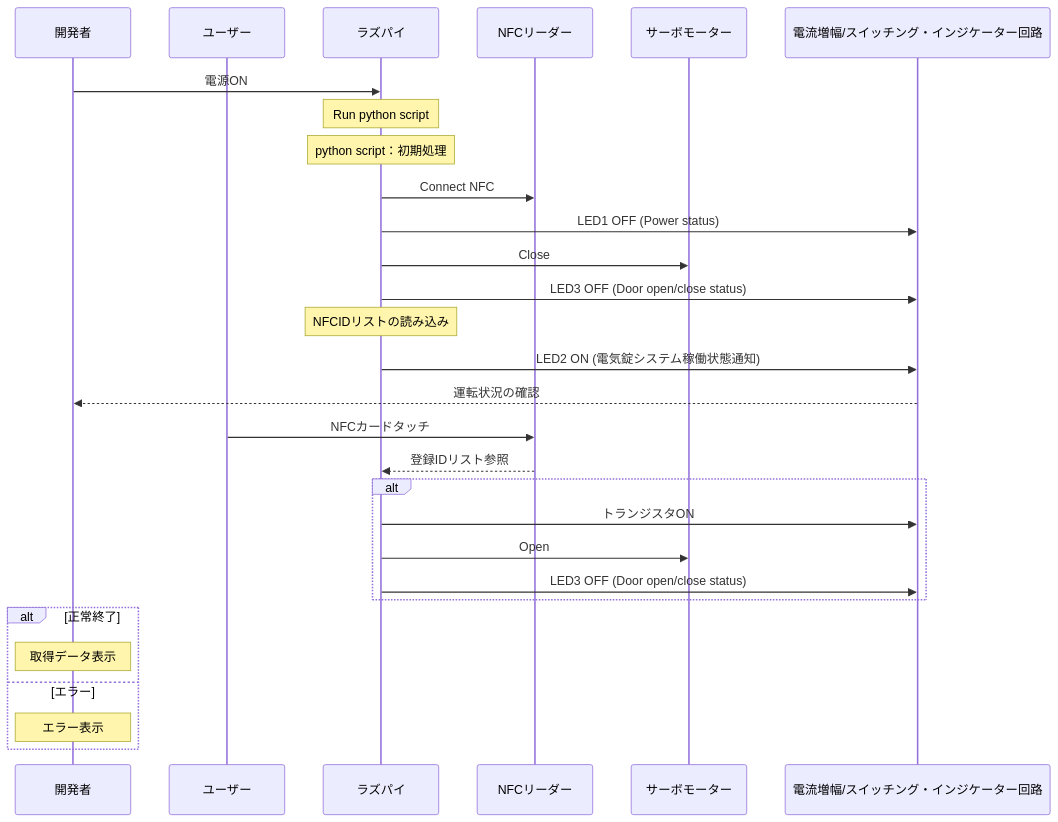
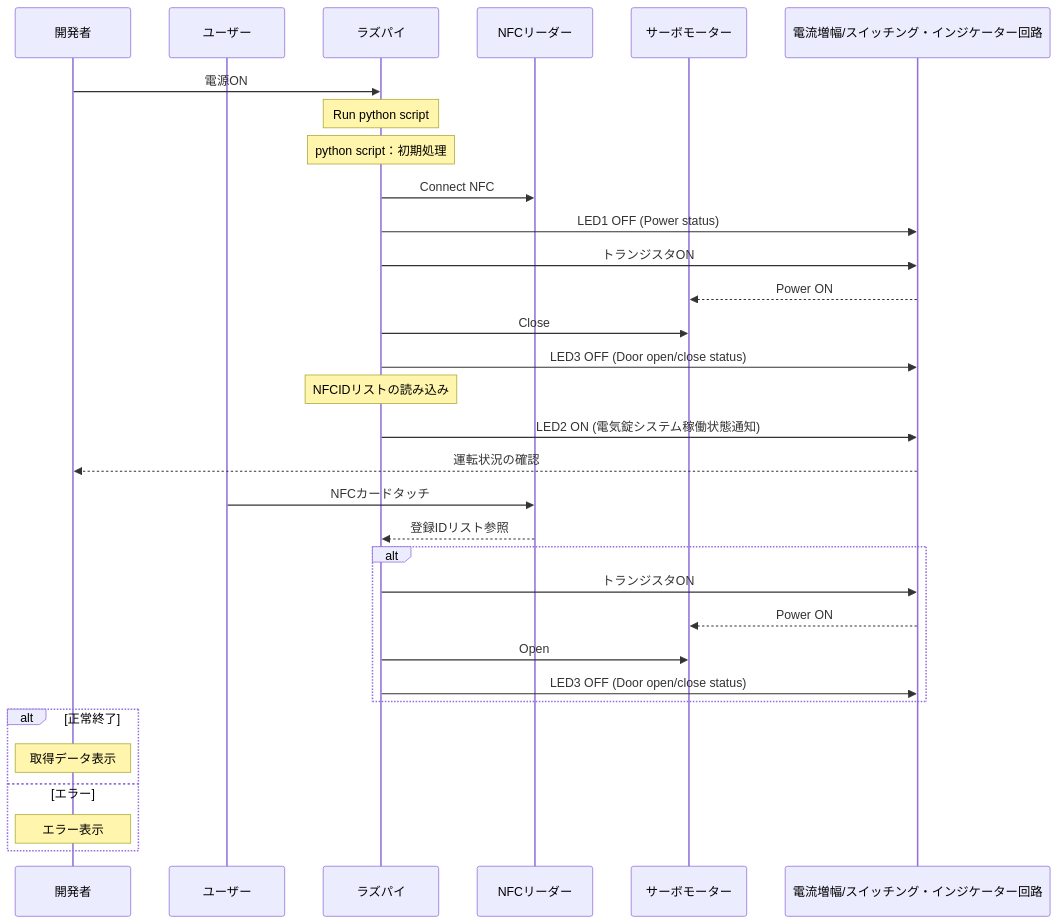
Before and after one commit to YUKI-SOKENDAI/SmartLock: the second of 2 diagrams in memo/SystemMEMO.md, drawn with Mermaid.

````diff
--- a/memo/SystemMEMO.md
+++ b/memo/SystemMEMO.md
@@ -63,40 +63,43 @@
 ```mermaid
 sequenceDiagram
     participant user as 開発者
     participant user1 as ユーザー
     participant raspi as ラズパイ
     participant nfc as NFCリーダー
     participant servo as サーボモーター
     participant circuit as 電流増幅/スイッチング・インジケーター回路
     
     # hoge
     user->>raspi: 電源ON
     Note over raspi : Run python script
     Note over raspi : python script：初期処理
     
     raspi->>nfc: Connect NFC
     raspi->>circuit: LED1 OFF (Power status)
+    raspi->>circuit: トランジスタON
+    circuit-->>servo: Power ON
     raspi->>servo: Close
     raspi->>circuit: LED3 OFF (Door open/close status)
     Note over raspi : NFCIDリストの読み込み
     raspi->>circuit: LED2 ON (電気錠システム稼働状態通知)
     circuit-->>user: 運転状況の確認
     
     user1->>nfc: NFCカードタッチ
     nfc-->>raspi:登録IDリスト参照
     alt 
         raspi->>circuit: トランジスタON
+        circuit-->>servo: Power ON
         raspi->>servo: Open
         raspi->>circuit: LED3 OFF (Door open/close status)
     end
     
     
     #raspi-->>user: こんにちは！！
     
     # hoge
     alt 正常終了
         Note over user : 取得データ表示
     else エラー
         Note over user : エラー表示
     end
 ```
````
